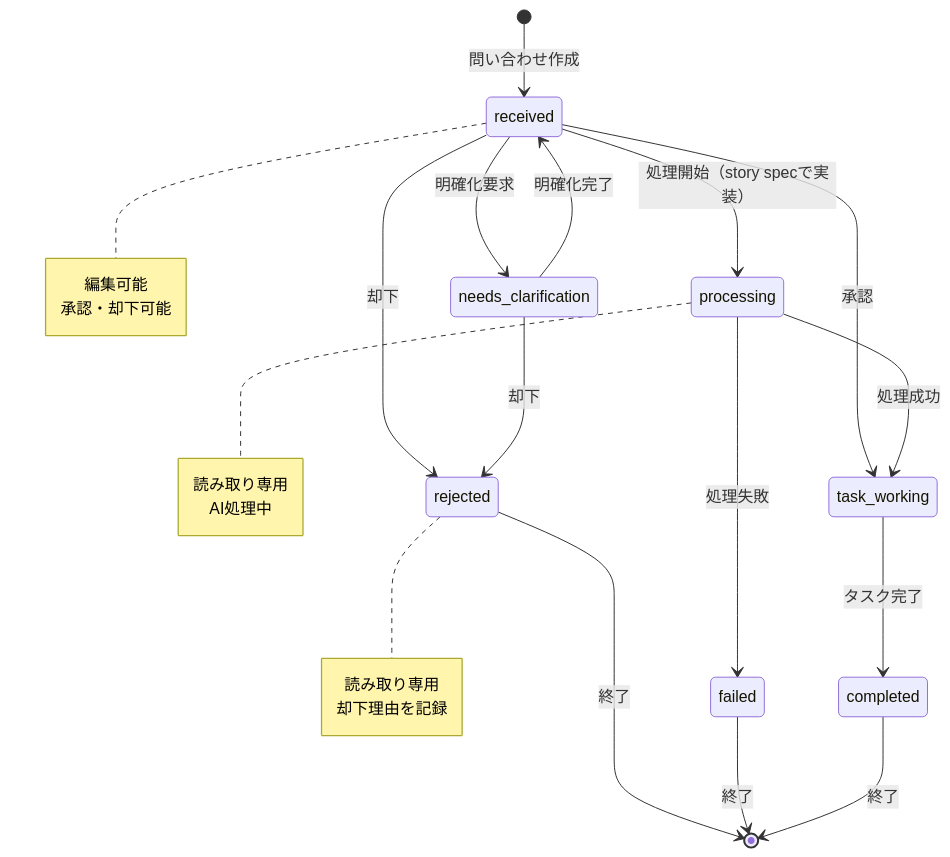
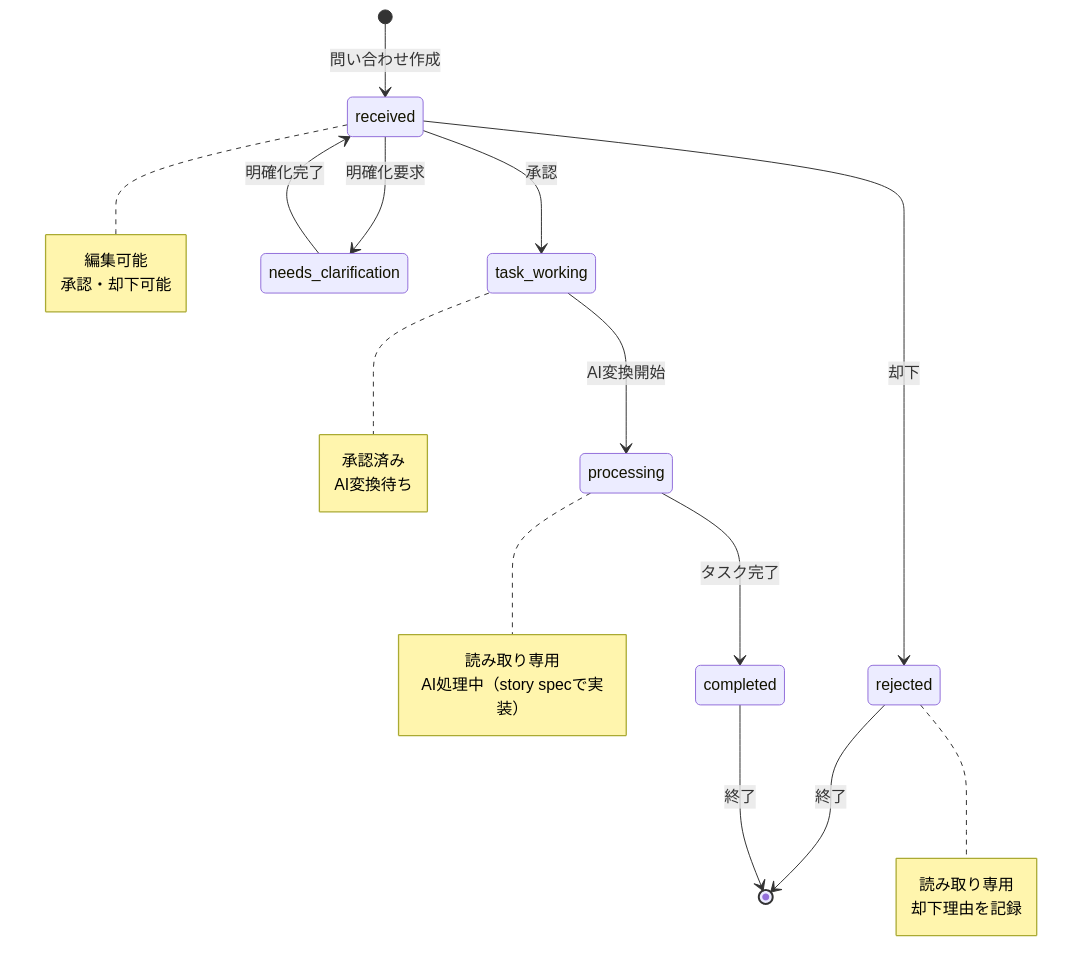
Before and after one commit to ohr486/ghost-squad: the third of 4 diagrams in .kiro/specs/inquiry/design.md, drawn with Mermaid. The commit also changed other lines of this file and 2 other files, not shown here.

Commit message:
update design

````diff
--- a/.kiro/specs/inquiry/design.md
+++ b/.kiro/specs/inquiry/design.md
@@ -150,36 +150,37 @@
 ```mermaid
 stateDiagram-v2
     [*] --> received: 問い合わせ作成
 
     received --> task_working: 承認
     received --> rejected: 却下
-    received --> processing: 処理開始（story specで実装）
     received --> needs_clarification: 明確化要求
 
     needs_clarification --> received: 明確化完了
-    needs_clarification --> rejected: 却下
 
-    processing --> task_working: 処理成功
-    processing --> failed: 処理失敗
+    task_working --> processing: AI変換開始
 
-    task_working --> completed: タスク完了
+    processing --> completed: タスク完了
 
     rejected --> [*]: 終了
-    failed --> [*]: 終了
     completed --> [*]: 終了
 
     note right of received
         編集可能
         承認・却下可能
+    end note
+
+    note right of task_working
+        承認済み
+        AI変換待ち
     end note
 
     note right of rejected
         読み取り専用
         却下理由を記録
     end note
 
     note right of processing
         読み取り専用
-        AI処理中
+        AI処理中（story specで実装）
     end note
 ```
````
